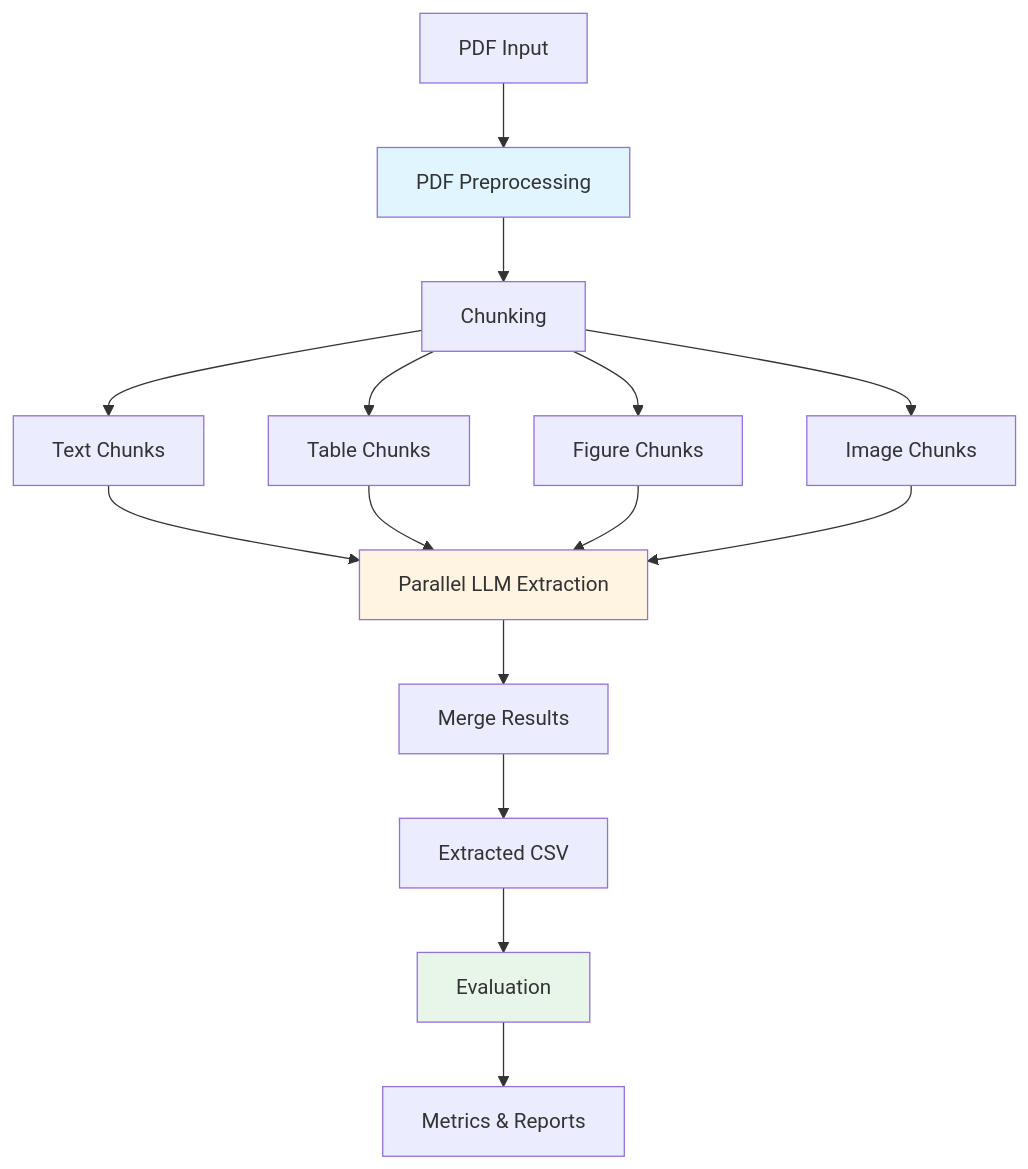
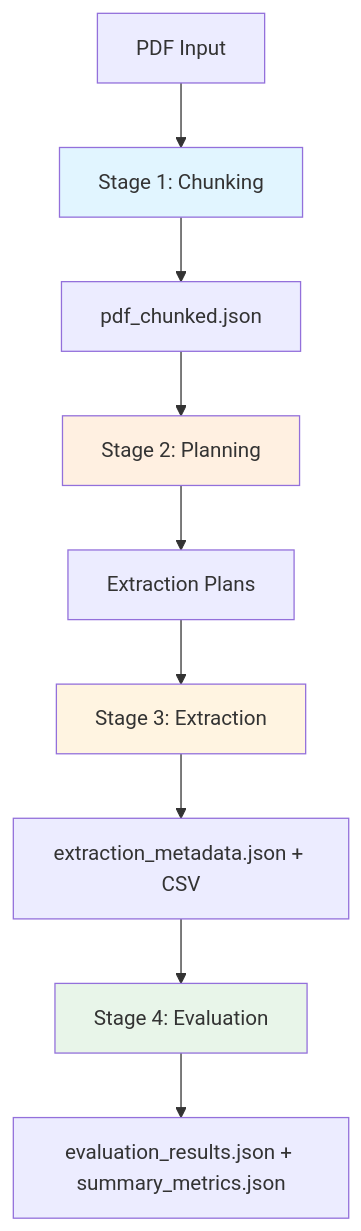
Before and after one commit to CoRAL-ASU/EviSearch: the diagram in README.md, drawn with Mermaid. The commit also changed other lines of this file and 2 other files, not shown here.

````diff
--- a/README.md
+++ b/README.md
@@ -9,21 +25,16 @@
 ```mermaid
 flowchart TD
-    A[PDF Input] --> B[PDF Preprocessing]
-    B --> C[Chunking]
-    C --> D[Text Chunks]
-    C --> E[Table Chunks]
-    C --> F[Figure Chunks]
-    C --> G[Image Chunks]
-    D --> H[Parallel LLM Extraction]
-    E --> H
-    F --> H
-    G --> H
-    H --> I[Merge Results]
-    I --> J[Extracted CSV]
-    J --> K[Evaluation]
-    K --> L[Metrics & Reports]
+    A[PDF Input] --> B[Stage 1: Chunking]
+    B --> C[pdf_chunked.json]
+    C --> D[Stage 2: Planning]
+    D --> E[Extraction Plans]
+    E --> F[Stage 3: Extraction]
+    F --> G[extraction_metadata.json + CSV]
+    G --> H[Stage 4: Evaluation]
+    H --> I[evaluation_results.json + summary_metrics.json]
     
     style B fill:#e1f5ff
-    style H fill:#fff4e1
-    style K fill:#e8f5e9
+    style D fill:#fff0e1
+    style F fill:#fff4e1
+    style H fill:#e8f5e9
 ```
````
